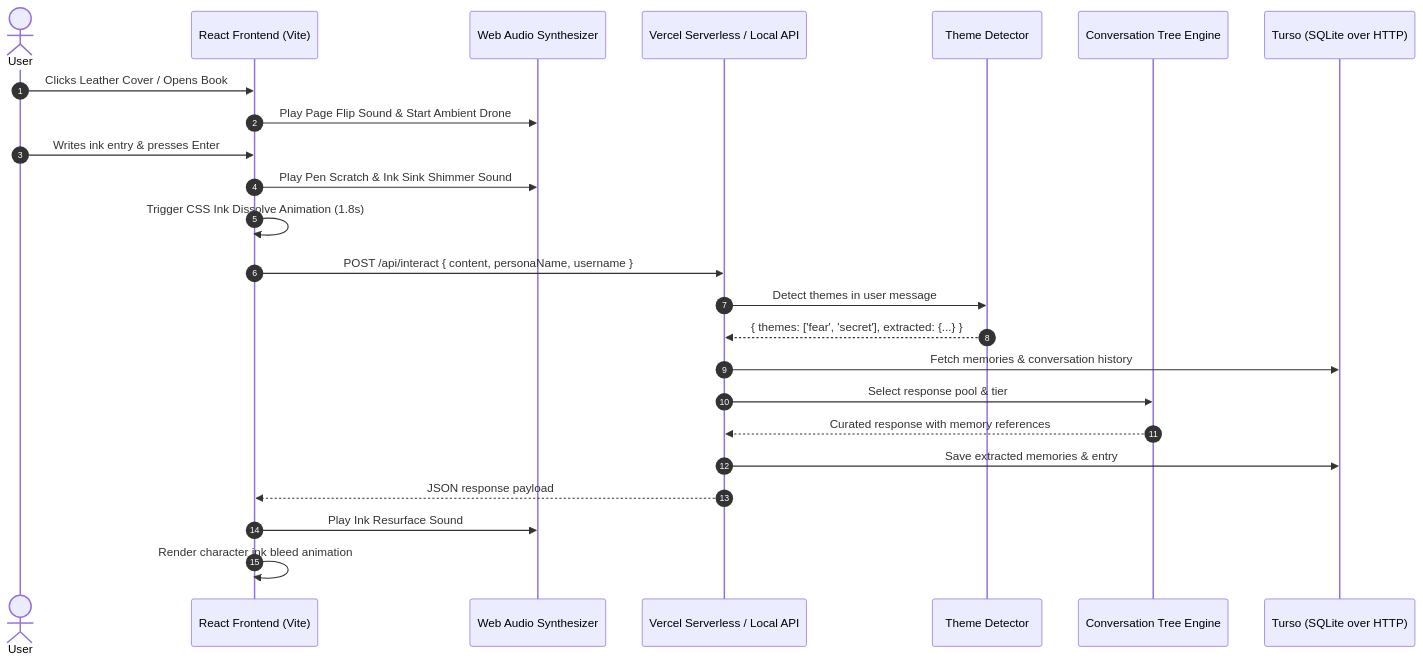
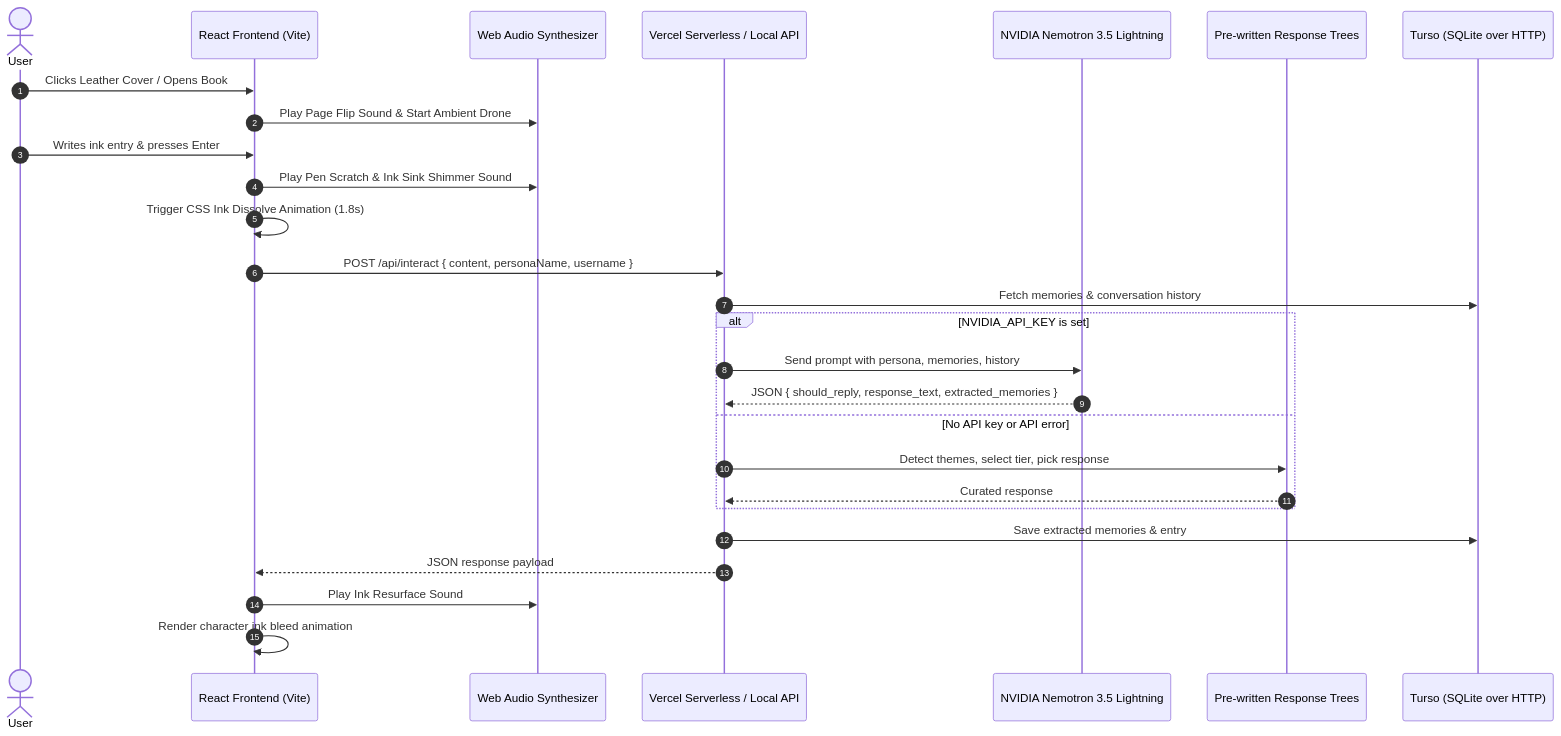
The diagram in DOCUMENTATION.md (rkbart/inkbound), drawn with Mermaid before and after one commit. The commit also changed other lines of this file and 3 other files, not shown here.

First line of the commit message:
feat: restore AI intelligence with NVIDIA Nemotron 3.5 Lightning

````diff
--- a/DOCUMENTATION.md
+++ b/DOCUMENTATION.md
@@ -32,27 +32,30 @@
 ```mermaid
 sequenceDiagram
     autonumber
     actor User as User
     participant App as React Frontend (Vite)
     participant Audio as Web Audio Synthesizer
     participant API as Vercel Serverless / Local API
-    participant Themes as Theme Detector
-    participant Diary as Conversation Tree Engine
+    participant Nemotron as NVIDIA Nemotron 3.5 Lightning
+    participant Fallback as Pre-written Response Trees
     participant DB as Turso (SQLite over HTTP)
 
     User->>App: Clicks Leather Cover / Opens Book
     App->>Audio: Play Page Flip Sound & Start Ambient Drone
     User->>App: Writes ink entry & presses Enter
     App->>Audio: Play Pen Scratch & Ink Sink Shimmer Sound
     App->>App: Trigger CSS Ink Dissolve Animation (1.8s)
     App->>API: POST /api/interact { content, personaName, username }
-    API->>Themes: Detect themes in user message
-    Themes-->>API: { themes: ['fear', 'secret'], extracted: {...} }
     API->>DB: Fetch memories & conversation history
-    API->>Diary: Select response pool & tier
-    Diary-->>API: Curated response with memory references
+    alt NVIDIA_API_KEY is set
+        API->>Nemotron: Send prompt with persona, memories, history
+        Nemotron-->>API: JSON { should_reply, response_text, extracted_memories }
+    else No API key or API error
+        API->>Fallback: Detect themes, select tier, pick response
+        Fallback-->>API: Curated response
+    end
     API->>DB: Save extracted memories & entry
     API-->>App: JSON response payload
     App->>Audio: Play Ink Resurface Sound
     App->>App: Render character ink bleed animation
 ```
````
